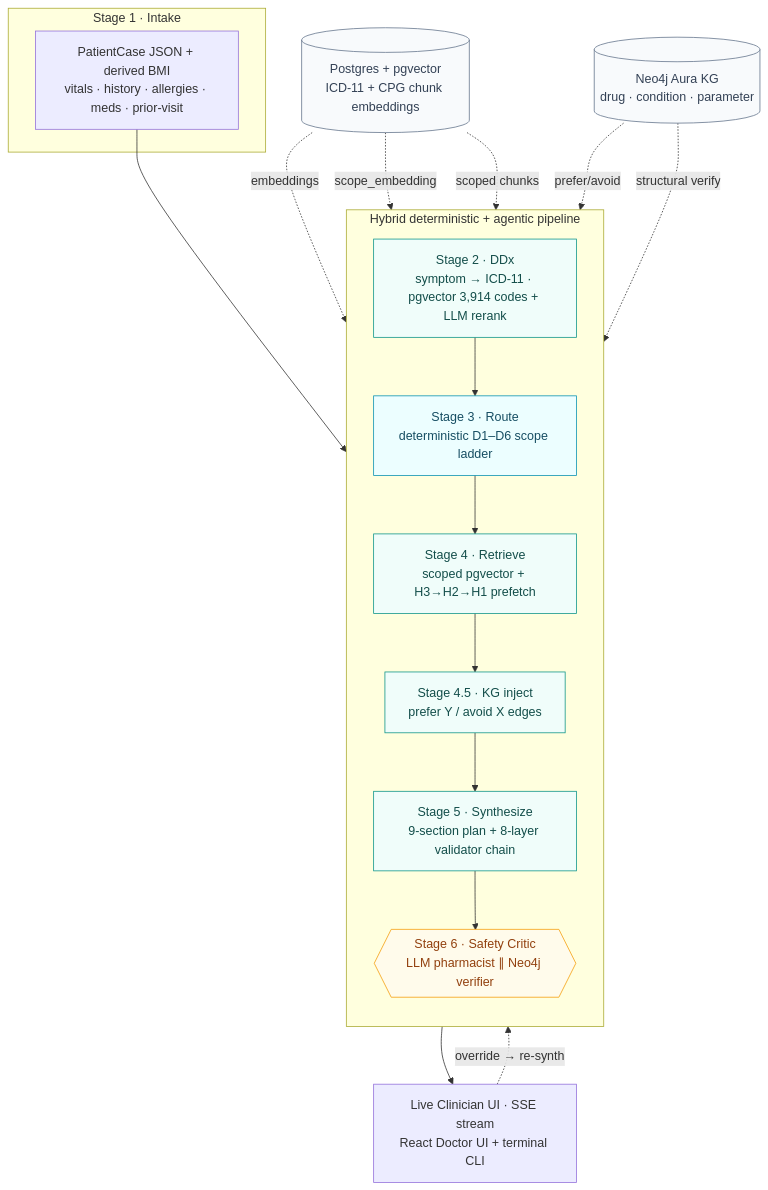
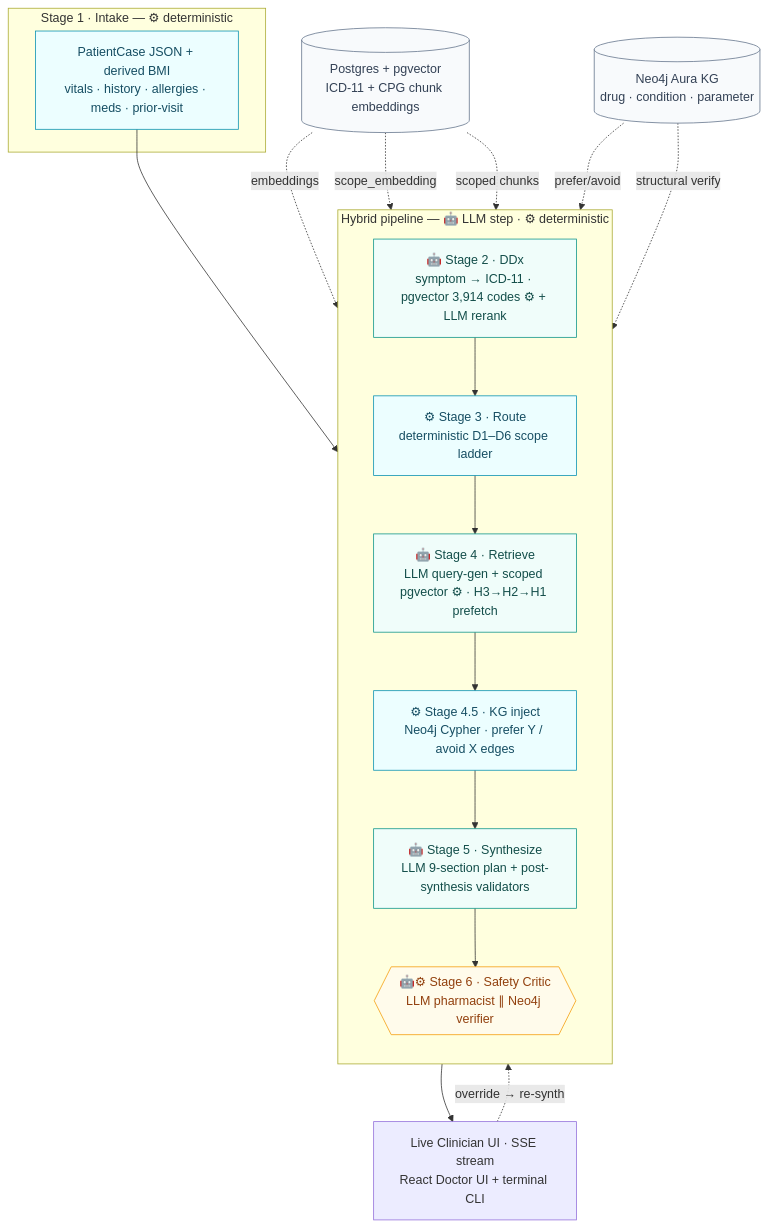
Before and after one commit to itznotpk/CPG-LLM-Agentic-RAG-Knowledge-Graph: the third of 8 diagrams in POSTER_LAYOUT.md, drawn with Mermaid. The commit also changed other lines of this file, not shown here.

First line of the commit message:
docs: refine POSTER_LAYOUT moats, SDGs, and architecture diagrams

````diff
--- a/POSTER_LAYOUT.md
+++ b/POSTER_LAYOUT.md
@@ -619,39 +831,39 @@
 ```mermaid
 flowchart TB
-    subgraph Intake["Stage 1 · Intake"]
+    subgraph Intake["Stage 1 · Intake — ⚙ deterministic"]
         S1[PatientCase JSON + derived BMI<br/>vitals · history · allergies · meds · prior-visit]
     end
 
-    subgraph Pipeline["Hybrid deterministic + agentic pipeline"]
+    subgraph Pipeline["Hybrid pipeline — 🤖 LLM step · ⚙ deterministic"]
         direction TB
-        S2[Stage 2 · DDx<br/>symptom → ICD-11 · pgvector 3,914 codes + LLM rerank]
-        S3[Stage 3 · Route<br/>deterministic D1–D6 scope ladder]
-        S4[Stage 4 · Retrieve<br/>scoped pgvector + H3→H2→H1 prefetch]
-        S45[Stage 4.5 · KG inject<br/>prefer Y / avoid X edges]
-        S5[Stage 5 · Synthesize<br/>9-section plan + 8-layer validator chain]
-        S6{{Stage 6 · Safety Critic<br/>LLM pharmacist ∥ Neo4j verifier}}
+        S2["🤖 Stage 2 · DDx<br/>symptom → ICD-11 · pgvector 3,914 codes ⚙ + LLM rerank"]
+        S3["⚙ Stage 3 · Route<br/>deterministic D1–D6 scope ladder"]
+        S4["🤖 Stage 4 · Retrieve<br/>LLM query-gen + scoped pgvector ⚙ · H3→H2→H1 prefetch"]
+        S45["⚙ Stage 4.5 · KG inject<br/>Neo4j Cypher · prefer Y / avoid X edges"]
+        S5["🤖 Stage 5 · Synthesize<br/>LLM 9-section plan + post-synthesis validators"]
+        S6{{"🤖⚙ Stage 6 · Safety Critic<br/>LLM pharmacist ∥ Neo4j verifier"}}
         S2 --> S3 --> S4 --> S45 --> S5 --> S6
     end
 
     PG[("Postgres + pgvector<br/>ICD-11 + CPG chunk embeddings")]
     KG[("Neo4j Aura KG<br/>drug · condition · parameter")]
 
     S1 --> S2
     PG -. embeddings .-> S2
     PG -. scope_embedding .-> S3
     PG -. scoped chunks .-> S4
     KG -. prefer/avoid .-> S45
     KG -. structural verify .-> S6
 
     S6 --> UI[Live Clinician UI · SSE stream<br/>React Doctor UI + terminal CLI]
     UI -. override → re-synth .-> S5
 
+    classDef agent fill:#f0fdfa,stroke:#0d9488,color:#134e4a;
     classDef det fill:#ecfeff,stroke:#0891b2,color:#164e63;
-    classDef llm fill:#f0fdfa,stroke:#0d9488,color:#134e4a;
     classDef crit fill:#fffbeb,stroke:#f59e0b,color:#92400e;
     classDef store fill:#f8fafc,stroke:#64748b,color:#334155;
-    class S3 det;
-    class S2,S4,S45,S5 llm;
+    class S1,S3,S45 det;
+    class S2,S4,S5 agent;
     class S6 crit;
     class PG,KG store;
 ```
````
